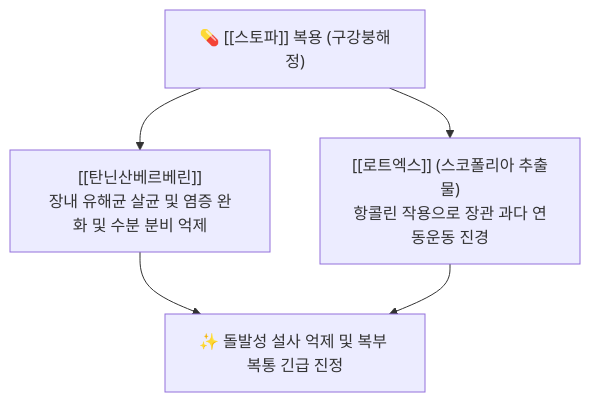
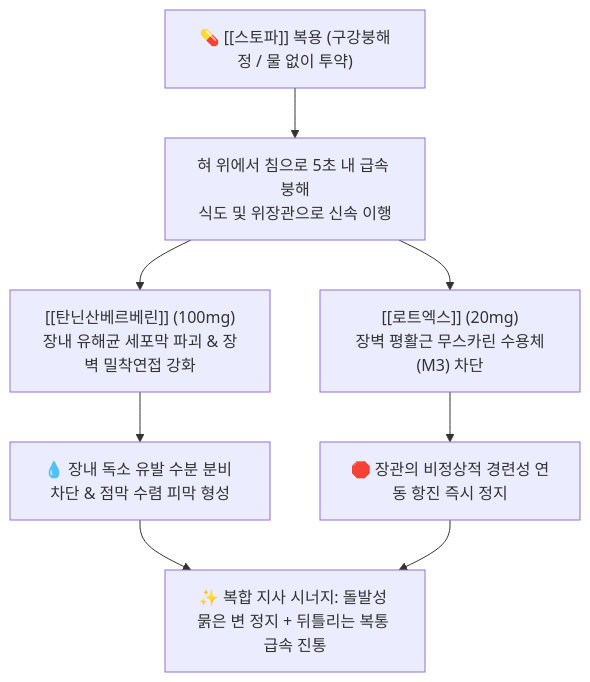
Before and after one commit to simbio11/simbio-digital-garden2: the diagram in content/2. 약리 공부/의약품/02_소화기계/스토파.md, drawn with Mermaid. The commit also changed other lines of this file and 293 other files, not shown here.

````diff
--- a/content/2. 약리 공부/의약품/02_소화기계/스토파.md
+++ b/content/2. 약리 공부/의약품/02_소화기계/스토파.md
@@ -30,8 +58,12 @@
 ```mermaid
 graph TD
-    Stoppa["💊 [[스토파]] 복용 (구강붕해정)"] --> Berberine["[[탄닌산베르베린]]<br/>장내 유해균 살균 및 염증 완화 및 수분 분비 억제"]
-    Stoppa --> Scopolia["[[로트엑스]] (스코폴리아 추출물)<br/>항콜린 작용으로 장관 과다 연동운동 진경"]
+    Stoppa["💊 [[스토파]] 복용 (구강붕해정 / 물 없이 투약)"] --> RapidDissolve["혀 위에서 침으로 5초 내 급속 붕해<br/>식도 및 위장관으로 신속 이행"]
+    RapidDissolve --> Comp1["[[탄닌산베르베린]] (100mg)<br/>장내 유해균 세포막 파괴 & 장벽 밀착연접 강화"]
+    RapidDissolve --> Comp2["[[로트엑스]] (20mg)<br/>장벽 평활근 무스카린 수용체(M3) 차단"]
     
-    Berberine --> FastRelief["✨ 돌발성 설사 억제 및 복부 복통 긴급 진정"]
-    Scopolia --> FastRelief
+    Comp1 --> ActionA["💧 장내 독소 유발 수분 분비 차단 & 점막 수렴 피막 형성"]
+    Comp2 --> ActionB["🛑 장관의 비정상적 경련성 연동 항진 즉시 정지"]
+    
+    ActionA --> FastRelief["✨ 복합 지사 시너지: 돌발성 묽은 변 정지 + 뒤틀리는 복통 급속 진통"]
+    ActionB --> FastRelief
 ```
````
